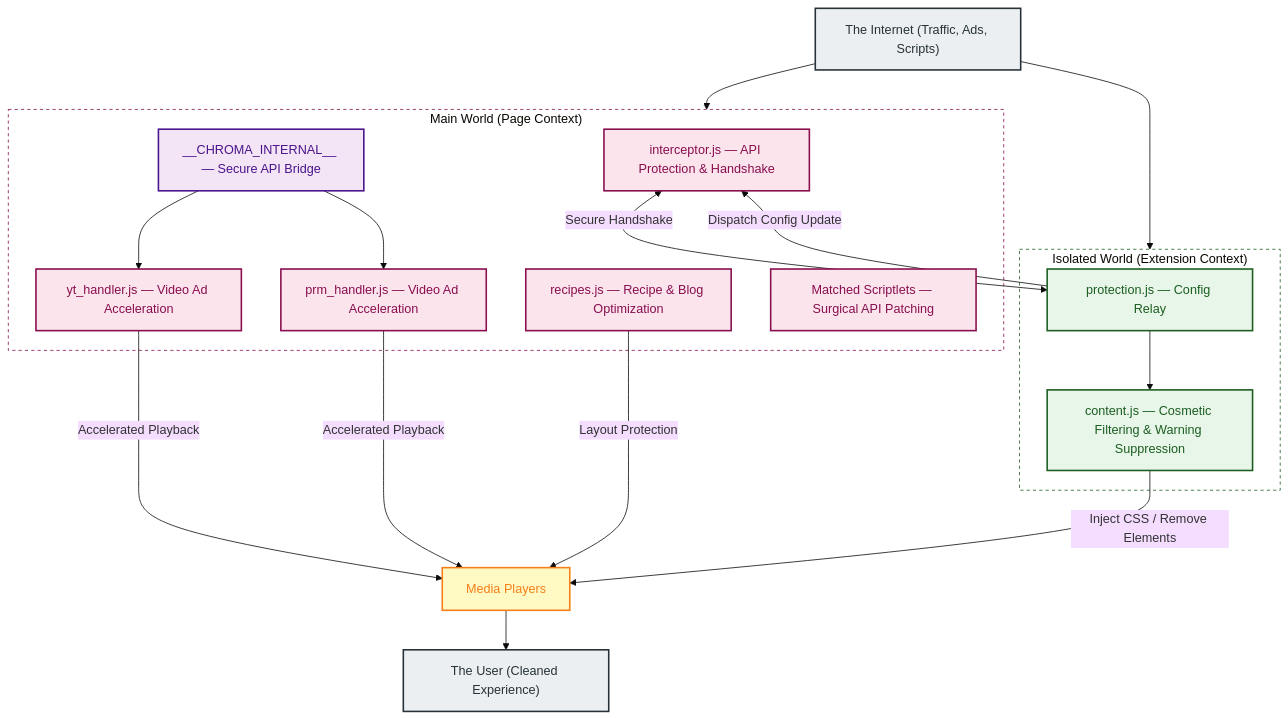
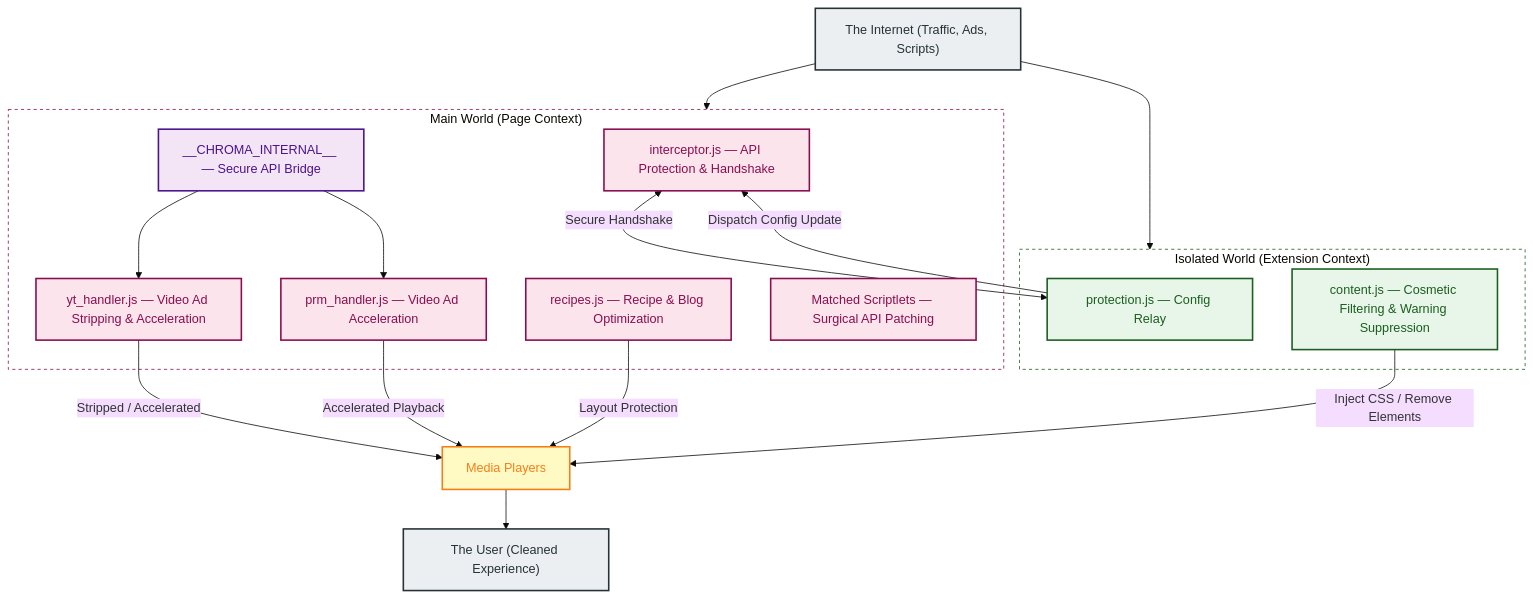
One commit to Dabrogost/Chroma-Ad-Blocker changed the first of 2 diagrams in README.md. Above: the diagram before and after it, drawn with Mermaid (base theme). The commit also changed other lines of this file and 1 other file, not shown here.

````diff
--- a/README.md
+++ b/README.md
@@ -29,46 +29,45 @@
 ```mermaid
 graph TD
     classDef main     fill:#fce4ec,color:#880e4f,stroke:#880e4f,stroke-width:2px
     classDef secure   fill:#f3e5f5,color:#4a148c,stroke:#4a148c,stroke-width:2px
     classDef isolated fill:#e8f5e9,color:#1b5e20,stroke:#1b5e20,stroke-width:2px
     classDef dom      fill:#fff9c4,color:#f57f17,stroke:#f57f17,stroke-width:2px
     classDef actor    fill:#eceff1,color:#263238,stroke:#263238,stroke-width:2px
 
     INTERNET["The Internet (Traffic, Ads, Scripts)"]:::actor
 
     subgraph MW["Main World (Page Context)"]
         INTERCEPT["interceptor.js — API Protection & Handshake"]:::main
         BRIDGE["__CHROMA_INTERNAL__ — Secure API Bridge"]:::secure
-        YT_H["yt_handler.js — Video Ad Acceleration"]:::main
+        YT_H["yt_handler.js — Video Ad Stripping & Acceleration"]:::main
         PRM_H["prm_handler.js — Video Ad Acceleration"]:::main
         RECIPES["recipes.js — Recipe & Blog Optimization"]:::main
         SCRIPTS["Matched Scriptlets — Surgical API Patching"]:::main
     end
 
     subgraph IW["Isolated World (Extension Context)"]
         PROT["protection.js — Config Relay"]:::isolated
         CONT["content.js — Cosmetic Filtering & Warning Suppression"]:::isolated
     end
 
     PLAYER["Media Players"]:::dom
     USER["The User (Cleaned Experience)"]:::actor
 
     INTERNET --> MW
     INTERNET --> IW
 
     INTERCEPT <-->|"Secure Handshake"| PROT
     PROT -->|"Dispatch Config Update"| INTERCEPT
-    PROT --> CONT
 
     BRIDGE --> YT_H
     BRIDGE --> PRM_H
-    YT_H -->|"Accelerated Playback"| PLAYER
+    YT_H -->|"Stripped / Accelerated"| PLAYER
     PRM_H -->|"Accelerated Playback"| PLAYER
     RECIPES -->|"Layout Protection"| PLAYER
     CONT -->|"Inject CSS / Remove Elements"| PLAYER
 
     PLAYER --> USER
 
     style MW fill:none,stroke:#880e4f,stroke-width:1px,stroke-dasharray:4
     style IW fill:none,stroke:#1b5e20,stroke-width:1px,stroke-dasharray:4
 ```
````
